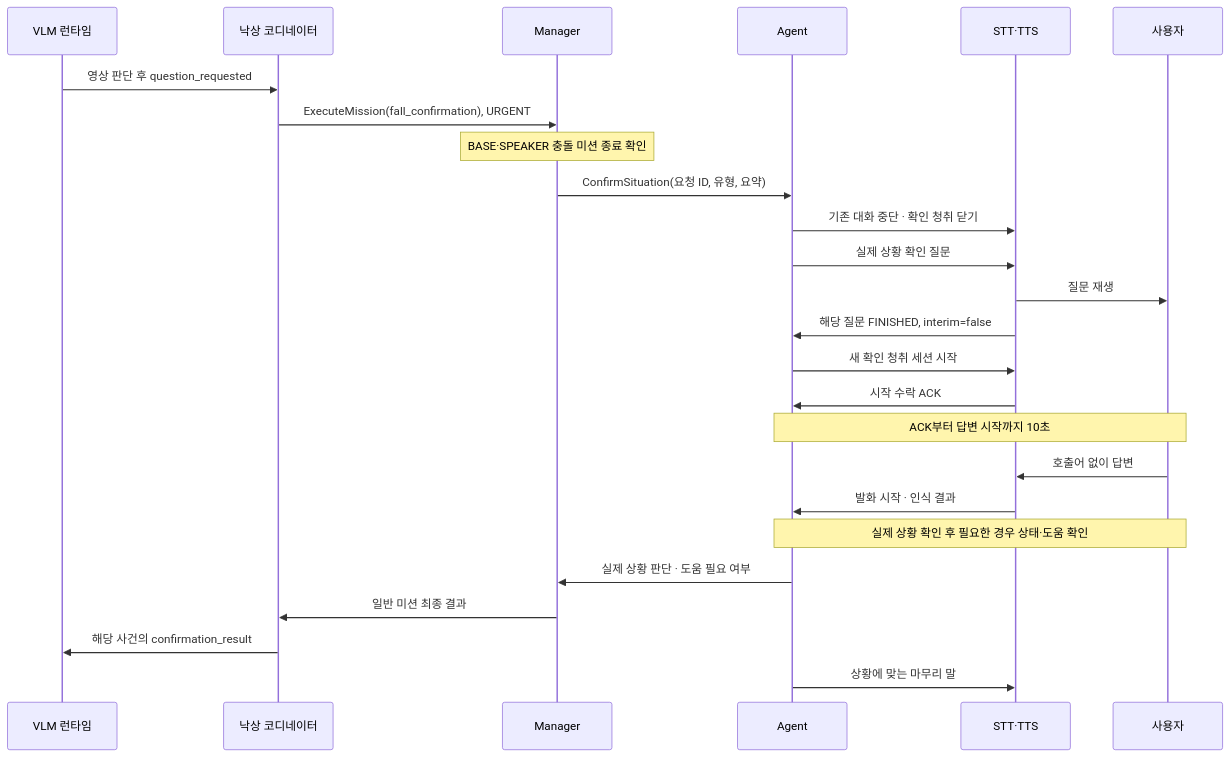
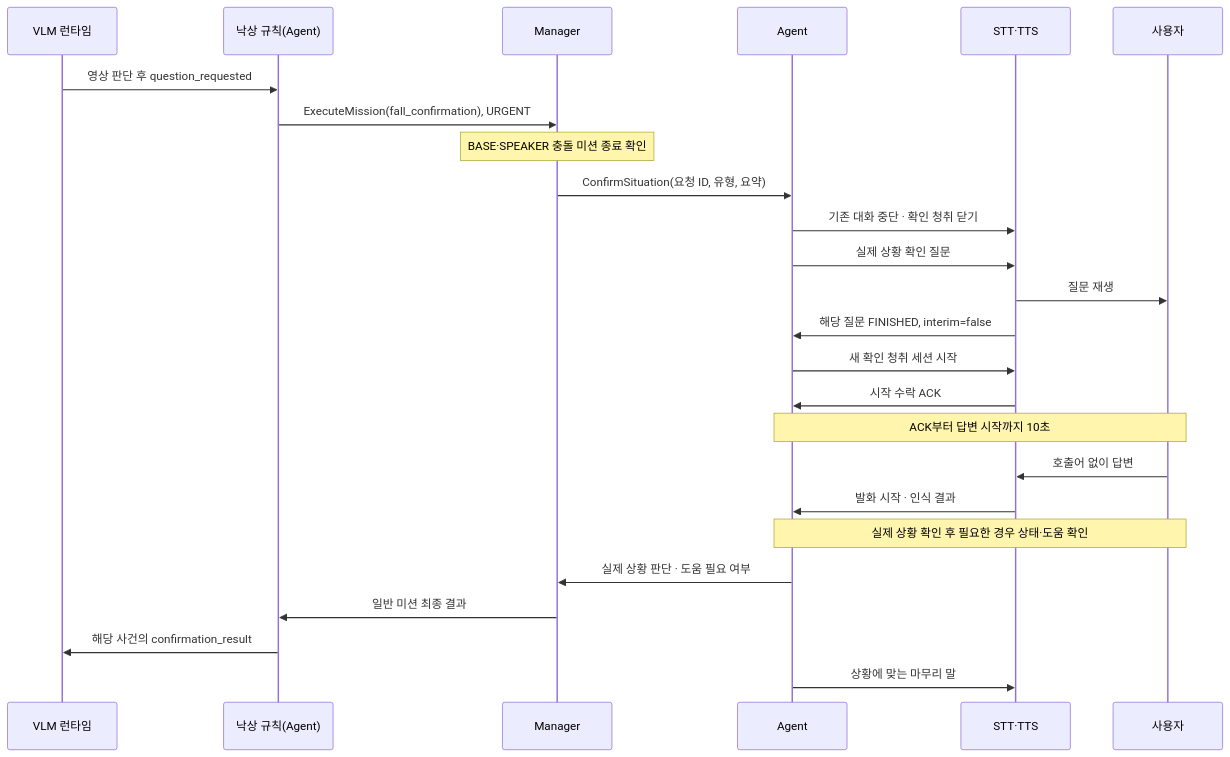
Before and after one commit to SWM-malbut/malbut: the diagram in malbut_test/malbut_agent_server/docs/fall/agent_fall_implementation.md, drawn with Mermaid. The commit also changed other lines of this file and 133 other files, not shown here.

````diff
--- a/malbut_test/malbut_agent_server/docs/fall/agent_fall_implementation.md
+++ b/malbut_test/malbut_agent_server/docs/fall/agent_fall_implementation.md
@@ -20,27 +23,27 @@
 ```mermaid
 sequenceDiagram
     participant V as VLM 런타임
-    participant F as 낙상 코디네이터
+    participant F as 낙상 규칙(Agent)
     participant M as Manager
     participant A as Agent
     participant S as STT·TTS
     participant U as 사용자
     V->>F: 영상 판단 후 question_requested
     F->>M: ExecuteMission(fall_confirmation), URGENT
     Note over M: BASE·SPEAKER 충돌 미션 종료 확인
     M->>A: ConfirmSituation(요청 ID, 유형, 요약)
     A->>S: 기존 대화 중단 · 확인 청취 닫기
     A->>S: 실제 상황 확인 질문
     S->>U: 질문 재생
     S->>A: 해당 질문 FINISHED, interim=false
     A->>S: 새 확인 청취 세션 시작
     S->>A: 시작 수락 ACK
     Note over A,U: ACK부터 답변 시작까지 10초
     U->>S: 호출어 없이 답변
     S->>A: 발화 시작 · 인식 결과
     Note over A,U: 실제 상황 확인 후 필요한 경우 상태·도움 확인
     A->>M: 실제 상황 판단 · 도움 필요 여부
     M->>F: 일반 미션 최종 결과
     F->>V: 해당 사건의 confirmation_result
     A->>S: 상황에 맞는 마무리 말
 ```
````
